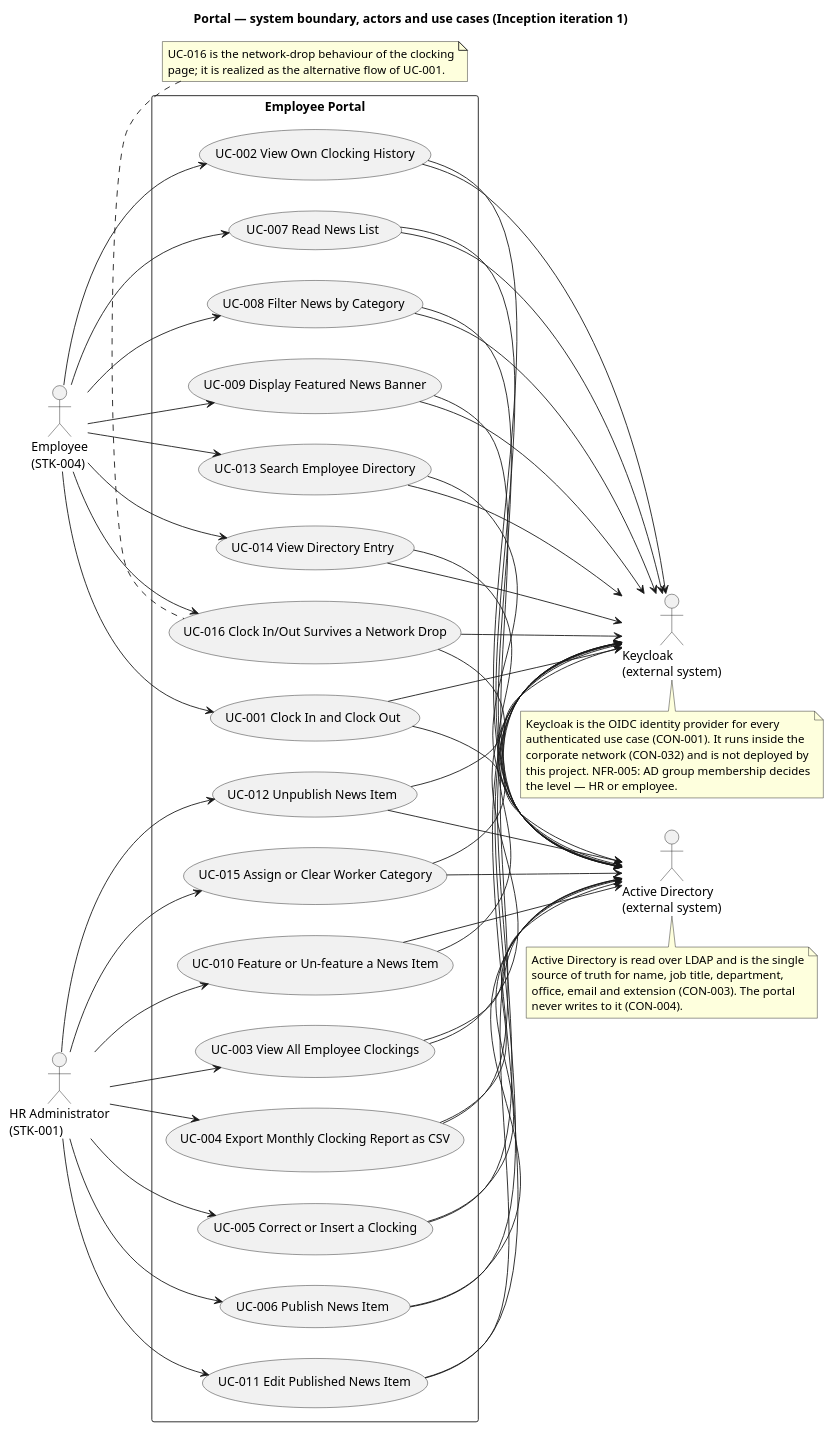
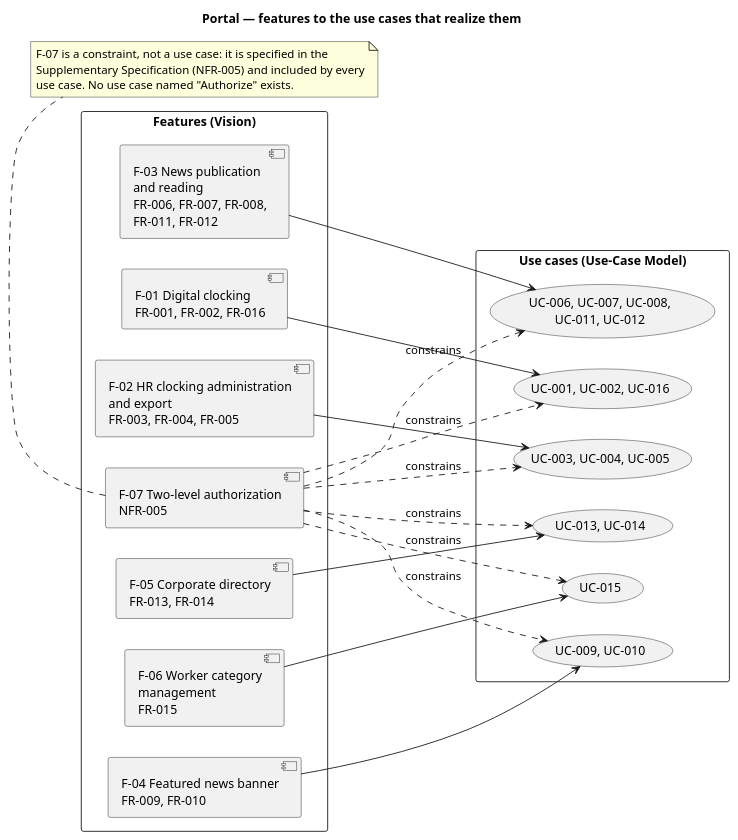
Before and after one commit to banense-test/portal: the second of 2 diagrams in docs/artifacts/requirements/vision.md, drawn with PlantUML. The commit also changed other lines of this file, not shown here.

Commit message:
System Analyst [I1]: upsert Vision
[skip ci]

````diff
--- a/docs/artifacts/requirements/vision.md
+++ b/docs/artifacts/requirements/vision.md
@@ -122,104 +121,47 @@
 ```plantuml
-@startuml Portal_UseCaseOverview
-title Portal — system boundary, actors and use cases (Inception iteration 1)
+@startuml Portal_FeatureToUC
+title Portal — features to the use cases that realize them
 skinparam shadowing false
 left to right direction
 skinparam packageStyle rectangle
 
-actor "Employee\n(STK-004)" as ACT001
-actor "HR Administrator\n(STK-001)" as ACT002
-actor "Active Directory\n(external system)" as ACT003
-actor "Keycloak\n(external system)" as ACT004
-
-rectangle "Employee Portal" {
-  usecase "UC-001 Clock In and Clock Out" as UC001
-  usecase "UC-002 View Own Clocking History" as UC002
-  usecase "UC-003 View All Employee Clockings" as UC003
-  usecase "UC-004 Export Monthly Clocking Report as CSV" as UC004
-  usecase "UC-005 Correct or Insert a Clocking" as UC005
-  usecase "UC-006 Publish News Item" as UC006
-  usecase "UC-007 Read News List" as UC007
-  usecase "UC-008 Filter News by Category" as UC008
-  usecase "UC-009 Display Featured News Banner" as UC009
-  usecase "UC-010 Feature or Un-feature a News Item" as UC010
-  usecase "UC-011 Edit Published News Item" as UC011
-  usecase "UC-012 Unpublish News Item" as UC012
-  usecase "UC-013 Search Employee Directory" as UC013
-  usecase "UC-014 View Directory Entry" as UC014
-  usecase "UC-015 Assign or Clear Worker Category" as UC015
-  usecase "UC-016 Clock In/Out Survives a Network Drop" as UC016
+package "Features (Vision)" {
+  component "F-01 Digital clocking\nFR-001, FR-002, FR-016" as F01
+  component "F-02 HR clocking administration\nand export\nFR-003, FR-004, FR-005" as F02
+  component "F-03 News publication\nand reading\nFR-006, FR-007, FR-008,\nFR-011, FR-012" as F03
+  component "F-04 Featured news banner\nFR-009, FR-010" as F04
+  component "F-05 Corporate directory\nFR-013, FR-014" as F05
+  component "F-06 Worker category\nmanagement\nFR-015" as F06
+  component "F-07 Two-level authorization\nNFR-005" as F07
 }
 
-ACT001 --> UC001
-ACT001 --> UC002
-ACT001 --> UC007
-ACT001 --> UC008
-ACT001 --> UC009
-ACT001 --> UC013
-ACT001 --> UC014
-ACT001 --> UC016
+package "Use cases (Use-Case Model)" {
+  usecase "UC-001, UC-002, UC-016" as UCA
+  usecase "UC-003, UC-004, UC-005" as UCB
+  usecase "UC-006, UC-007, UC-008,\nUC-011, UC-012" as UCC
+  usecase "UC-009, UC-010" as UCD
+  usecase "UC-013, UC-014" as UCE
+  usecase "UC-015" as UCF
+}
 
-ACT002 --> UC003
-ACT002 --> UC004
-ACT002 --> UC005
-ACT002 --> UC006
-ACT002 --> UC010
-ACT002 --> UC011
-ACT002 --> UC012
-ACT002 --> UC015
+F01 --> UCA
+F02 --> UCB
+F03 --> UCC
+F04 --> UCD
+F05 --> UCE
+F06 --> UCF
 
-UC001 --> ACT003
-UC002 --> ACT003
-UC003 --> ACT003
-UC004 --> ACT003
-UC005 --> ACT003
-UC006 --> ACT003
-UC007 --> ACT003
-UC008 --> ACT003
-UC009 --> ACT003
-UC010 --> ACT003
-UC011 --> ACT003
-UC012 --> ACT003
-UC013 --> ACT003
-UC014 --> ACT003
-UC015 --> ACT003
-UC016 --> ACT003
+F07 ..> UCA : constrains
+F07 ..> UCB : constrains
+F07 ..> UCC : constrains
+F07 ..> UCD : constrains
+F07 ..> UCE : constrains
+F07 ..> UCF : constrains
 
-UC001 --> ACT004
-UC002 --> ACT004
-UC003 --> ACT004
-UC004 --> ACT004
-UC005 --> ACT004
-UC006 --> ACT004
-UC007 --> ACT004
-UC008 --> ACT004
-UC009 --> ACT004
-UC010 --> ACT004
-UC011 --> ACT004
-UC012 --> ACT004
-UC013 --> ACT004
-UC014 --> ACT004
-UC015 --> ACT004
-UC016 --> ACT004
-
-note bottom of ACT004
-  Keycloak is the OIDC identity provider for every
-  authenticated use case (CON-001). It runs inside the
-  corporate network (CON-032) and is not deployed by
-  this project. NFR-005: AD group membership decides
-  the level — HR or employee.
-end note
-
-note bottom of ACT003
-  Active Directory is read over LDAP and is the single
-  source of truth for name, job title, department,
-  office, email and extension (CON-003). The portal
-  never writes to it (CON-004).
-end note
-
-note top of UC016
-  UC-016 is the network-drop behaviour of the clocking
-  page; it is realized as the alternative flow of UC-001.
+note bottom of F07
+  F-07 is a constraint, not a use case: it is specified in the
+  Supplementary Specification (NFR-005) and included by every
+  use case. No use case named "Authorize" exists.
 end note
 @enduml
 ```
````
